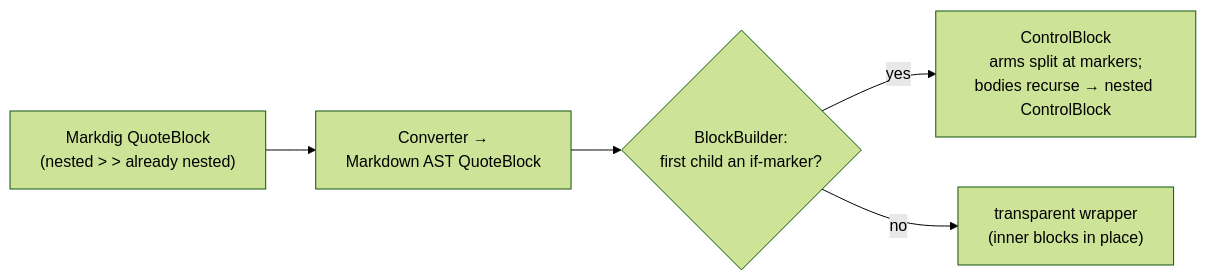
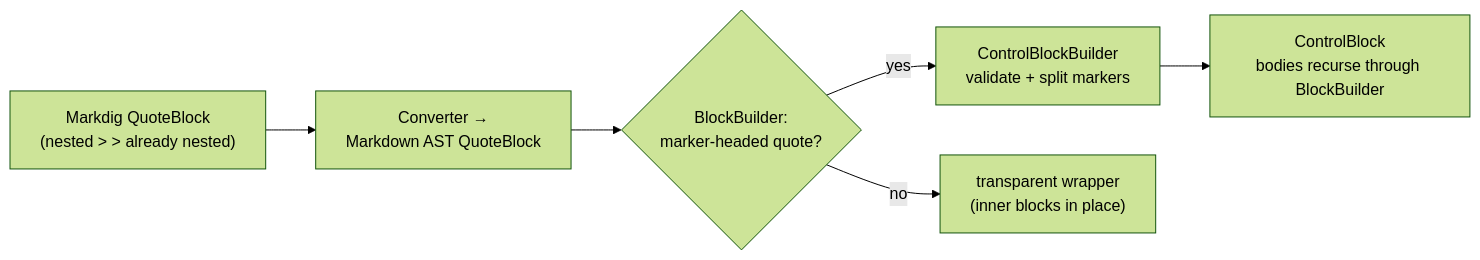
The diagram in docs/contributing/design-notes/Block Controls.md (pengzhengyi/dialoguedown), drawn with Mermaid (forest theme) before and after one commit. The commit also changed other lines of this file and 5 other files, not shown here.

````diff
--- a/docs/contributing/design-notes/Block Controls.md
+++ b/docs/contributing/design-notes/Block Controls.md
@@ -240,7 +240,8 @@
 ```mermaid
 flowchart LR
     MD["Markdig QuoteBlock<br/>(nested > > already nested)"] --> CV["Converter →<br/>Markdown AST QuoteBlock"]
-    CV --> BB{"BlockBuilder:<br/>first child an if-marker?"}
-    BB -->|"yes"| CB["ControlBlock<br/>arms split at markers;<br/>bodies recurse → nested ControlBlock"]
+    CV --> BB{"BlockBuilder:<br/>marker-headed quote?"}
+    BB -->|"yes"| CBB["ControlBlockBuilder<br/>validate + split markers"]
+    CBB --> CB["ControlBlock<br/>bodies recurse through BlockBuilder"]
     BB -->|"no"| RAW["transparent wrapper<br/>(inner blocks in place)"]
 ```
````
